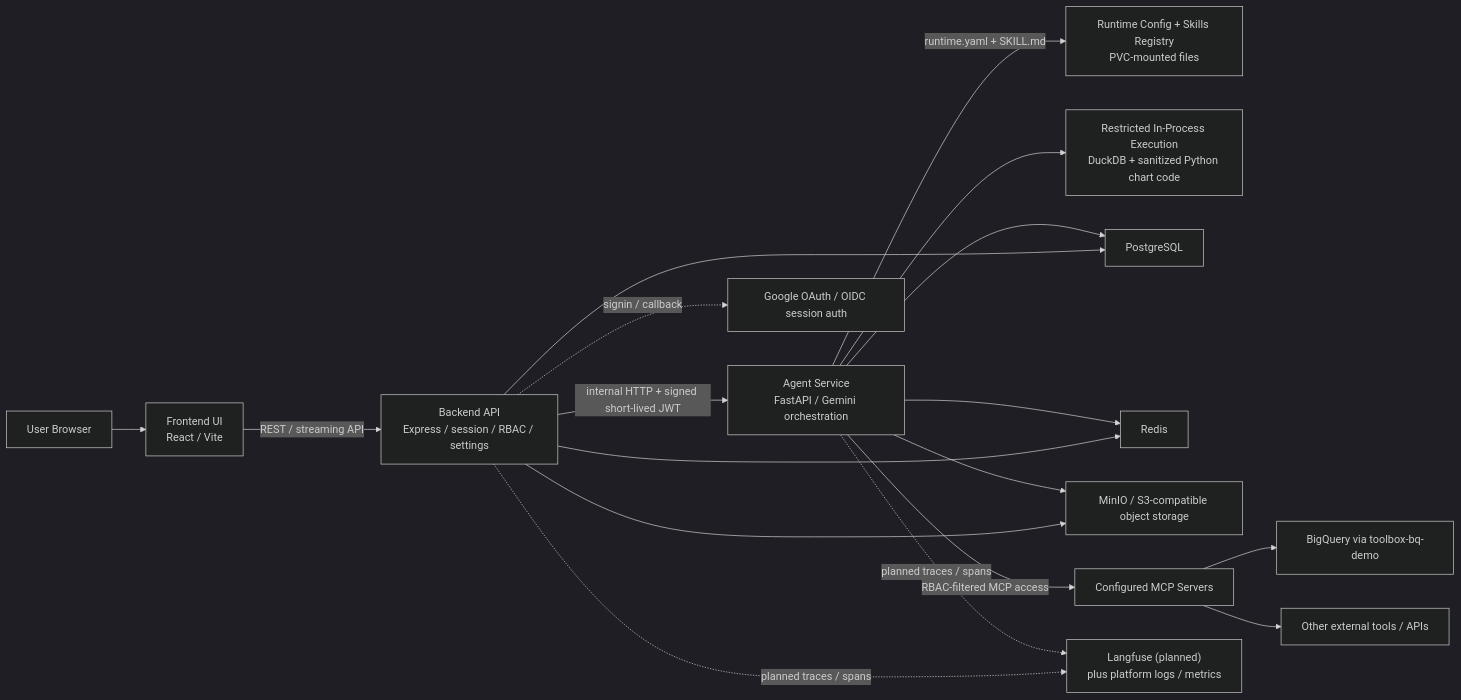
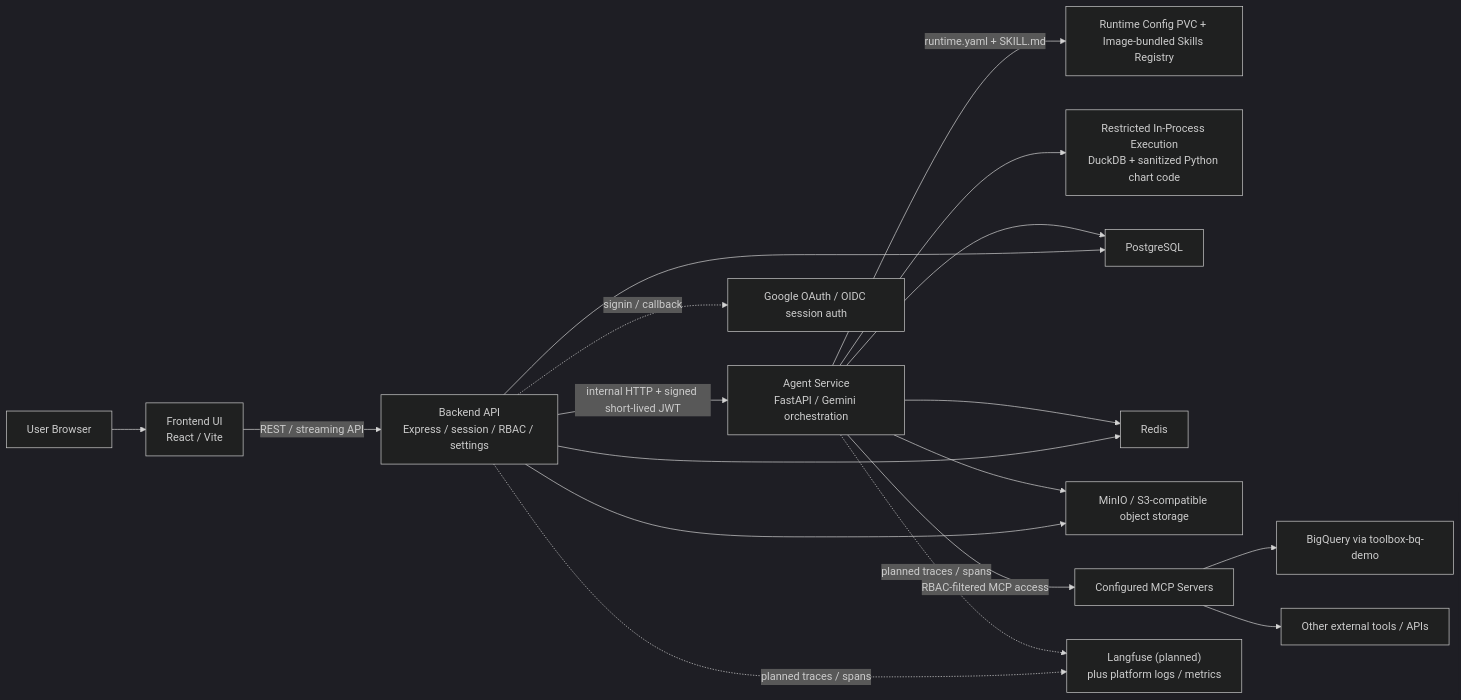
The first of 3 diagrams in docs/current-architecture.md (plc1220/HelpUDoc), drawn with Mermaid (dark theme) before and after one commit. The commit also changed other lines of this file and 18 other files, not shown here.

````diff
--- a/docs/current-architecture.md
+++ b/docs/current-architecture.md
@@ -15,35 +15,35 @@
 ```mermaid
 flowchart LR
   U["User Browser"]
   FE["Frontend UI<br/>React / Vite"]
   BE["Backend API<br/>Express / session / RBAC / settings"]
   AG["Agent Service<br/>FastAPI / Gemini orchestration"]
-  CFG["Runtime Config + Skills Registry<br/>PVC-mounted files"]
+  CFG["Runtime Config PVC + Image-bundled Skills Registry"]
   CODE["Restricted In-Process Execution<br/>DuckDB + sanitized Python chart code"]
   PG["PostgreSQL"]
   RD["Redis"]
   OBJ["MinIO / S3-compatible object storage"]
   IDP["Google OAuth / OIDC session auth"]
   MCP["Configured MCP Servers"]
   BQ["BigQuery via toolbox-bq-demo"]
   EXT["Other external tools / APIs"]
   OBS["Langfuse (planned)<br/>plus platform logs / metrics"]
 
   U --> FE
   FE -->|"REST / streaming API"| BE
   BE -. "signin / callback" .-> IDP
   BE --> PG
   BE --> RD
   BE --> OBJ
   BE -->|"internal HTTP + signed short-lived JWT"| AG
   AG -->|"runtime.yaml + SKILL.md"| CFG
   AG --> CODE
   AG --> PG
   AG --> RD
   AG --> OBJ
   AG -->|"RBAC-filtered MCP access"| MCP
   MCP --> BQ
   MCP --> EXT
   BE -. "planned traces / spans" .-> OBS
   AG -. "planned traces / spans" .-> OBS
 ```
````
